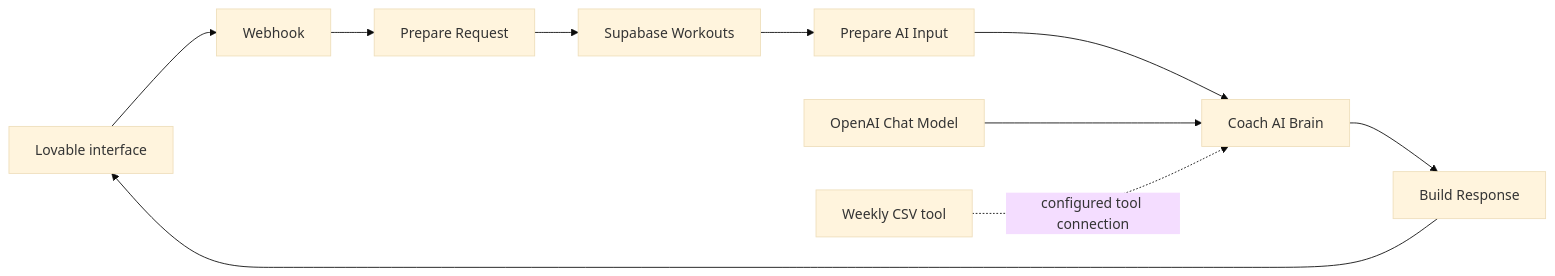
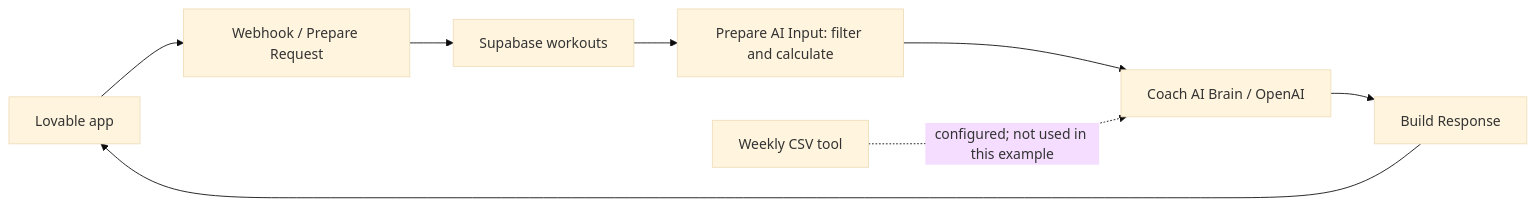
One commit to razamram10/synthetic-workflow-demos changed the diagram in fittrack/README.md. Above: the diagram before and after it, drawn with Mermaid (base theme). The commit also changed other lines of this file and 2 other files, not shown here.

Commit message:
Document FitTrack integration with app evidence and verified scope

````diff
--- a/fittrack/README.md
+++ b/fittrack/README.md
@@ -13,12 +11,10 @@
 ```mermaid
 flowchart LR
-    A[Lovable interface] --> B[Webhook]
-    B --> C[Prepare Request]
-    C --> D[Supabase Workouts]
-    D --> E[Prepare AI Input]
-    E --> F[Coach AI Brain]
-    M[OpenAI Chat Model] --> F
-    F --> G[Build Response]
-    G --> A
-    W[Weekly CSV tool] -.configured tool connection.-> F
+    A[Lovable app] --> B[Webhook / Prepare Request]
+    B --> C[Supabase workouts]
+    C --> D[Prepare AI Input: filter and calculate]
+    D --> E[Coach AI Brain / OpenAI]
+    E --> F[Build Response]
+    F --> A
+    W[Weekly CSV tool] -.configured; not used in this example.-> E
 ```
````
